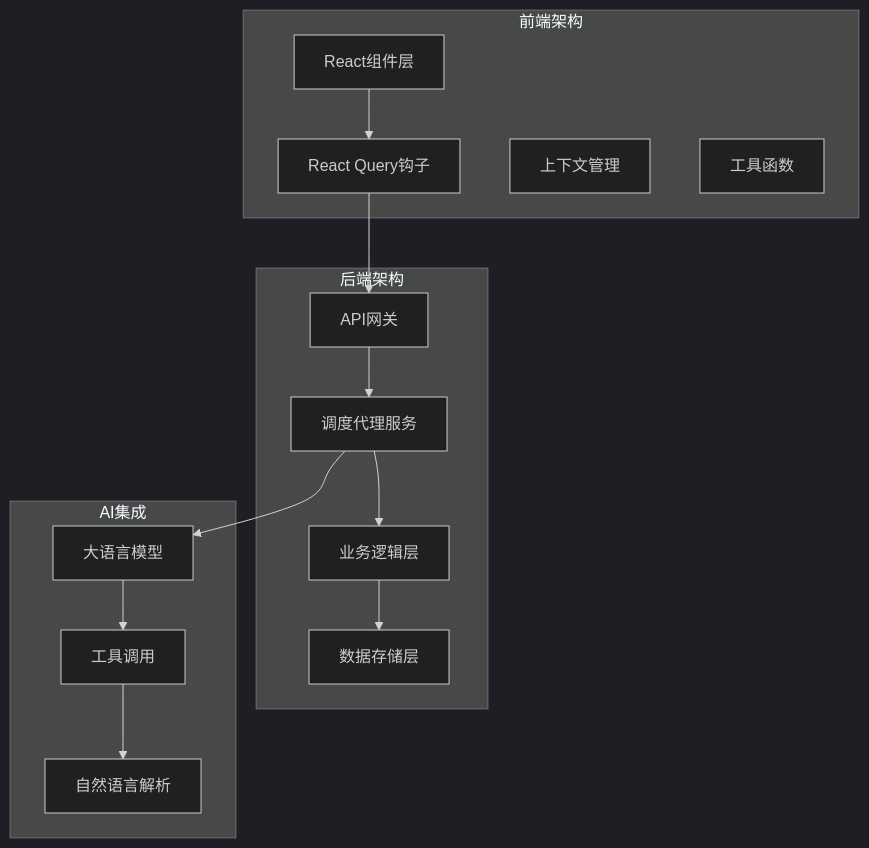
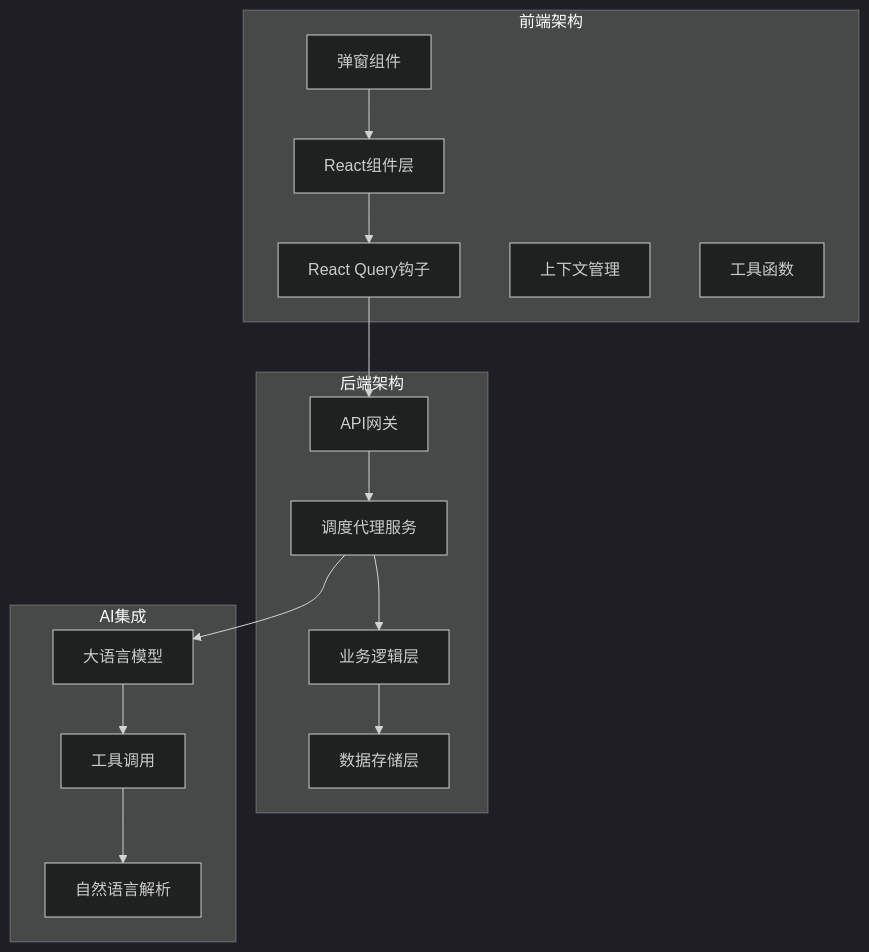
The third of 15 diagrams in .qoder/repowiki/zh/content/UI 组件库/专用功能组件/日程快速输入组件.md (hrygo/memos), drawn with Mermaid (dark theme) before and after one commit. The commit also changed other lines of this file and 29 other files, not shown here.

````diff
--- a/.qoder/repowiki/zh/content/UI 组件库/专用功能组件/日程快速输入组件.md
+++ b/.qoder/repowiki/zh/content/UI 组件库/专用功能组件/日程快速输入组件.md
@@ -136,28 +164,30 @@
 ```mermaid
 graph TB
 subgraph "前端架构"
 UI[React组件层]
 Hooks[React Query钩子]
 Context[上下文管理]
 Utils[工具函数]
+Popover[弹窗组件]
 end
 subgraph "后端架构"
 API[API网关]
 Agent[调度代理服务]
 Service[业务逻辑层]
 Store[数据存储层]
 end
 subgraph "AI集成"
 LLM[大语言模型]
 Tools[工具调用]
 Parser[自然语言解析]
 end
 UI --> Hooks
 Hooks --> API
 API --> Agent
 Agent --> Service
 Service --> Store
 Agent --> LLM
 LLM --> Tools
 Tools --> Parser
+Popover --> UI
 ```
````
